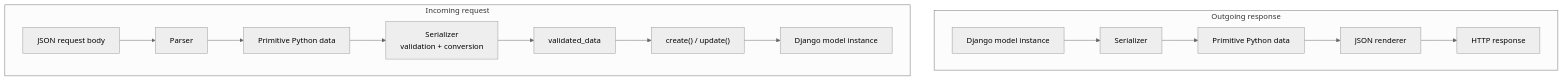
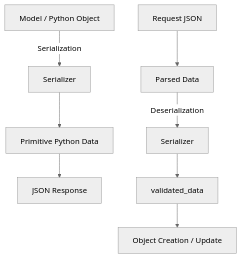
One commit to AvadhBhalodiya/Interview-Preparation changed the second of 4 diagrams in src/content/drf/serializers.md. Above: the diagram before and after it, drawn with Mermaid (neutral theme). The commit also changed other lines of this file and 80 other files, not shown here.

````diff
--- a/src/content/drf/serializers.md
+++ b/src/content/drf/serializers.md
@@ -70,17 +79,11 @@
 ```mermaid
 flowchart TD
-    subgraph OUTBOUND[Outgoing response]
-        OA[Django model instance] --> OB[Serializer]
-        OB --> OC[Primitive Python data]
-        OC --> OD[JSON renderer]
-        OD --> OE[HTTP response]
-    end
-    subgraph INBOUND[Incoming request]
-        IA[JSON request body] --> IB[Parser]
-        IB --> IC[Primitive Python data]
-        IC --> ID[Serializer<br/>validation + conversion]
-        ID --> IE[validated_data]
-        IE --> IF["create() / update()"]
-        IF --> IG[Django model instance]
-    end
+    A[Model / Python Object] -->|Serialization| B[Serializer]
+    B --> C[Primitive Python Data]
+    C --> D[JSON Response]
+
+    E[Request JSON] --> F[Parsed Data]
+    F -->|Deserialization| G[Serializer]
+    G --> H[validated_data]
+    H --> I[Object Creation / Update]
 ```
````
